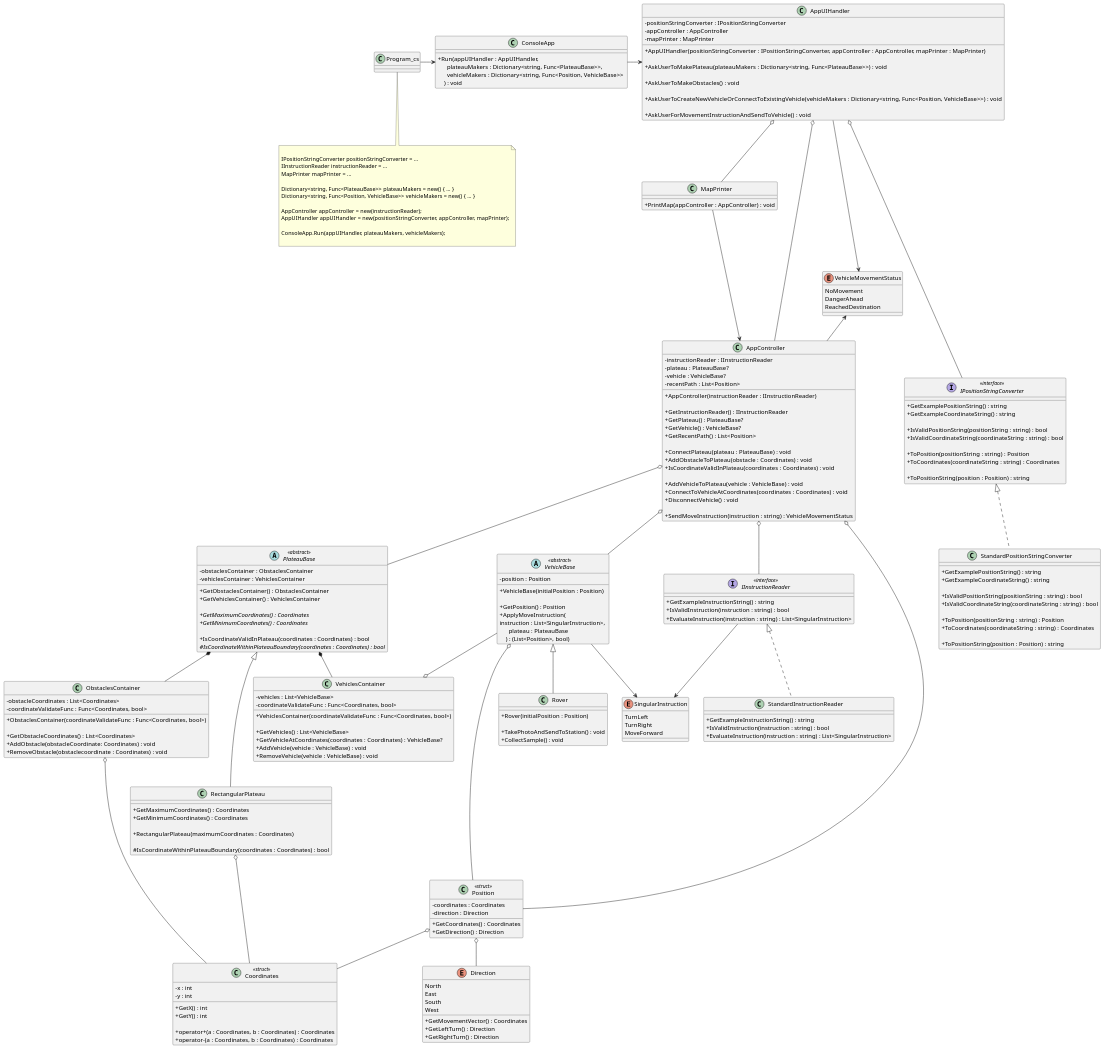
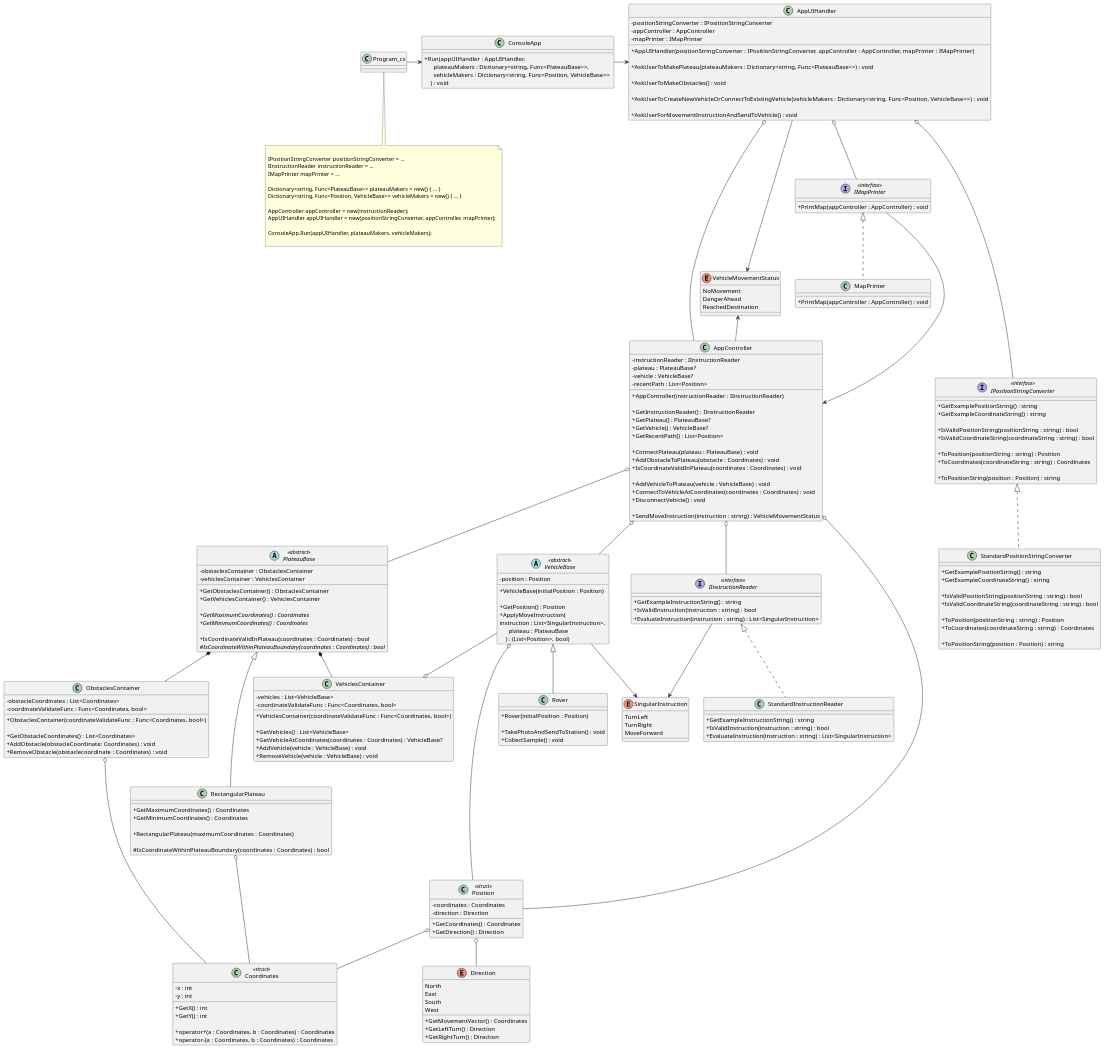
The diagram in diagrams/MarsRoverChallenge.puml (iamfranco/MarsRoverChallenge), drawn with PlantUML before and after one commit. The commit also changed 1 other file, not shown here.

Commit message:
UML: add IMapPrinter interface

```diff
--- a/diagrams/MarsRoverChallenge.puml
+++ b/diagrams/MarsRoverChallenge.puml
@@ -1,5 +1,10 @@
 @startuml "Mars Rover Challenge"
 skinparam classAttributeIconSize 0
+
+interface IMapPrinter <<interface>>
+{
+  + PrintMap(appController : AppController) : void
+}
 
 class MapPrinter
 {
@@ -10,9 +15,9 @@
 {
   - positionStringConverter : IPositionStringConverter
   - appController : AppController
-  - mapPrinter : MapPrinter
+  - mapPrinter : IMapPrinter
 
-  + AppUIHandler(positionStringConverter : IPositionStringConverter, appController : AppController, mapPrinter : MapPrinter)
+  + AppUIHandler(positionStringConverter : IPositionStringConverter, appController : AppController, mapPrinter : IMapPrinter)
 
   + AskUserToMakePlateau(plateauMakers : Dictionary<string, Func<PlateauBase>>) : void
   
@@ -223,7 +228,7 @@
 
 IPositionStringConverter positionStringConverter = ...
 IInstructionReader instructionReader = ...
-MapPrinter mapPrinter = ...
+IMapPrinter mapPrinter = ...
 
 Dictionary<string, Func<PlateauBase>> plateauMakers = new() { ... }
 Dictionary<string, Func<Position, VehicleBase>> vehicleMakers = new() { ... }
@@ -236,11 +241,12 @@
 end note
 
 AppUIHandler o--- AppController
-AppUIHandler o-- MapPrinter
+AppUIHandler o-- IMapPrinter
 AppUIHandler o---- IPositionStringConverter
 AppUIHandler --> VehicleMovementStatus
 
-MapPrinter ---> AppController
+IMapPrinter ---> AppController
+IMapPrinter <|.. MapPrinter
 
 AppController o-- IInstructionReader
 AppController o-- PlateauBase
```
